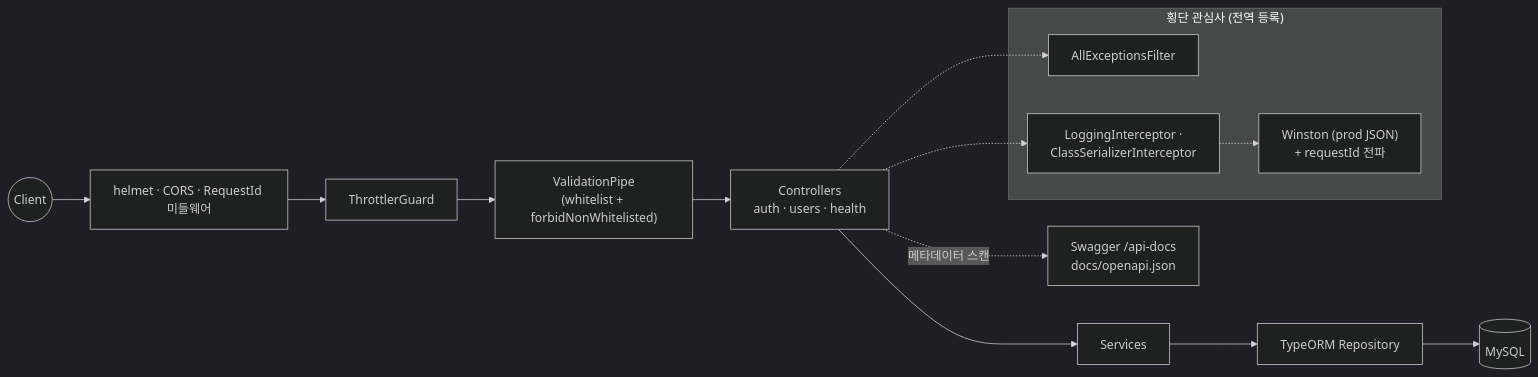
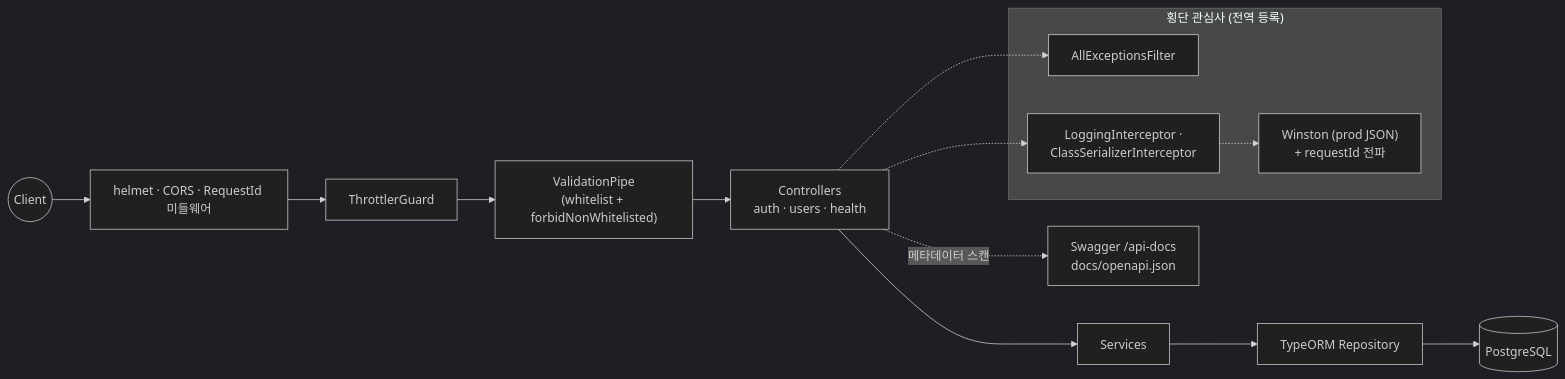
The diagram in README.md (lcgyung/nestjs-api-template), drawn with Mermaid (dark theme) before and after one commit. The commit also changed other lines of this file and 56 other files, not shown here.

Commit message:
feat(db)!: PostgreSQL 전환·testcontainers + Claude 서브에이전트·rules·스킬 확장

````diff
--- a/README.md
+++ b/README.md
@@ -103,22 +103,22 @@
 ```mermaid
 flowchart LR
   Client((Client)) --> MW["helmet · CORS · RequestId 미들웨어"]
   MW --> TG[ThrottlerGuard]
   TG --> VP["ValidationPipe<br/>(whitelist + forbidNonWhitelisted)"]
   VP --> C["Controllers<br/>auth · users · health"]
   C --> S[Services]
   S --> R[TypeORM Repository]
-  R --> DB[(MySQL)]
+  R --> DB[(PostgreSQL)]
 
   subgraph CROSS["횡단 관심사 (전역 등록)"]
     F[AllExceptionsFilter]
     I["LoggingInterceptor ·<br/>ClassSerializerInterceptor"]
     W["Winston (prod JSON)<br/>+ requestId 전파"]
   end
 
   C -.-> F
   C -.-> I
   I -.-> W
 
   C -. "메타데이터 스캔" .-> SW["Swagger /api-docs<br/>docs/openapi.json"]
 ```
````
